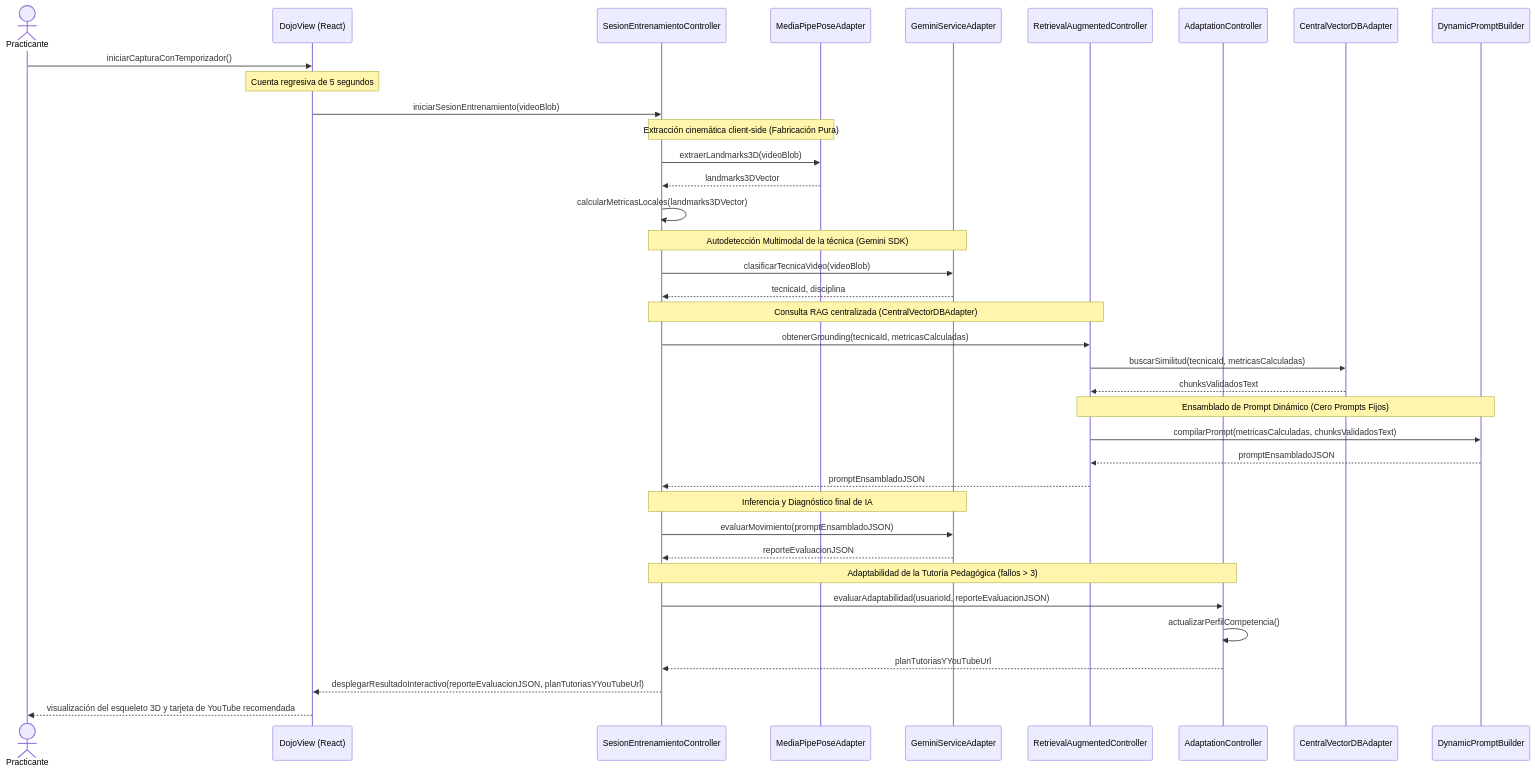
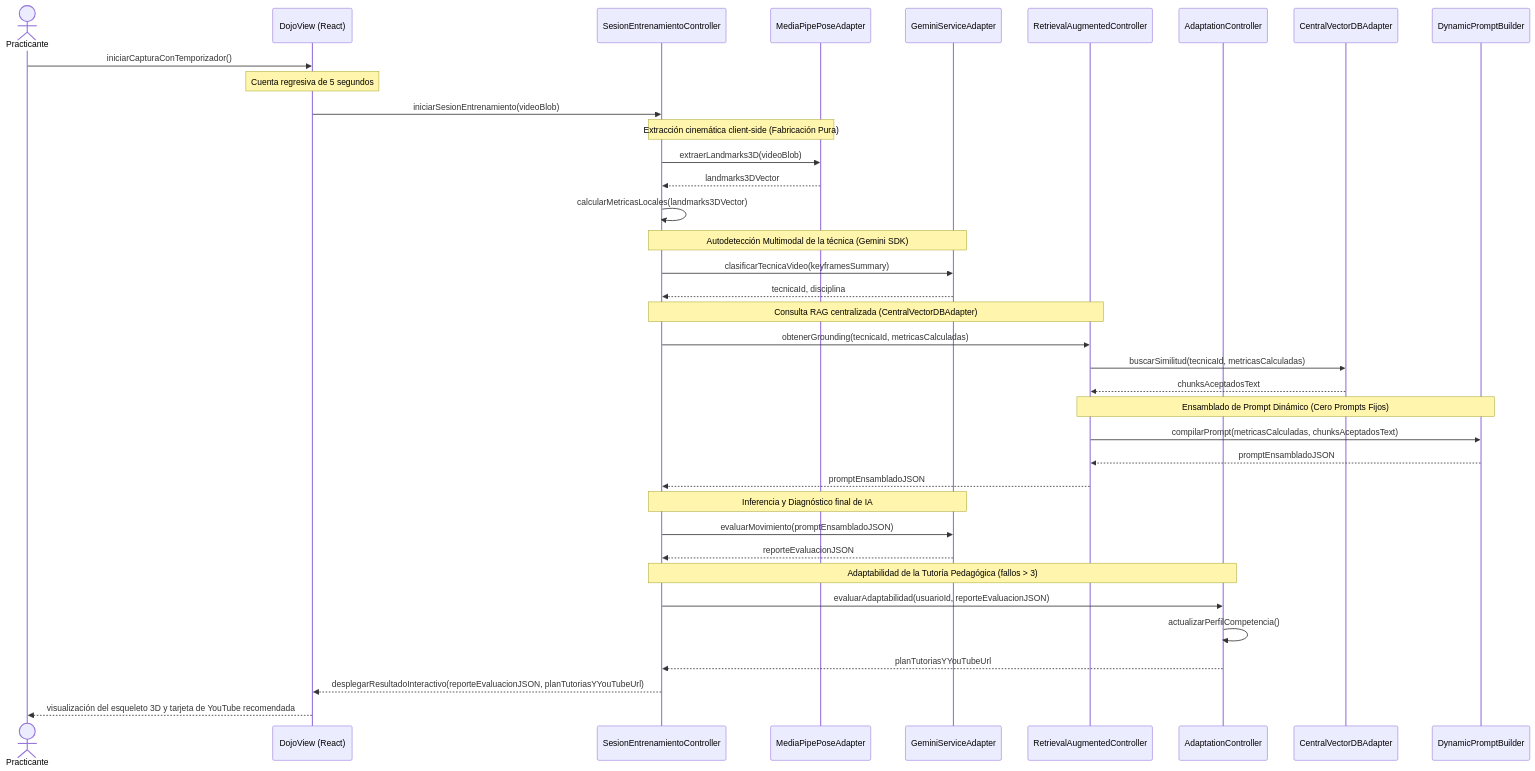
The ninth of 12 diagrams in README.md (Tsmrain/Documentacion), drawn with Mermaid before and after one commit. The commit also changed other lines of this file, not shown here.

Commit message:
docs: update architectural documentation to reflect edge-based kinematic capture and centralized local server RAG processing

````diff
--- a/README.md
+++ b/README.md
@@ -1145,48 +1145,48 @@
 ```mermaid
 sequenceDiagram
     actor Practicante
     participant UI as DojoView (React)
     participant SEC as SesionEntrenamientoController
     participant MPA as MediaPipePoseAdapter
     participant GSA as GeminiServiceAdapter
     participant RAC as RetrievalAugmentedController
     participant ADC as AdaptationController
     participant VDB as CentralVectorDBAdapter
     participant TPB as DynamicPromptBuilder
     
     Practicante->>UI: iniciarCapturaConTemporizador()
     Note over UI: Cuenta regresiva de 5 segundos
     UI->>SEC: iniciarSesionEntrenamiento(videoBlob)
     
     Note over SEC,MPA: Extracción cinemática client-side (Fabricación Pura)
     SEC->>MPA: extraerLandmarks3D(videoBlob)
     MPA-->>SEC: landmarks3DVector
     SEC->>SEC: calcularMetricasLocales(landmarks3DVector)
     
     Note over SEC,GSA: Autodetección Multimodal de la técnica (Gemini SDK)
-    SEC->>GSA: clasificarTecnicaVideo(videoBlob)
+    SEC->>GSA: clasificarTecnicaVideo(keyframesSummary)
     GSA-->>SEC: tecnicaId, disciplina
     
     Note over SEC,RAC: Consulta RAG centralizada (CentralVectorDBAdapter)
     SEC->>RAC: obtenerGrounding(tecnicaId, metricasCalculadas)
     RAC->>VDB: buscarSimilitud(tecnicaId, metricasCalculadas)
-    VDB-->>RAC: chunksValidadosText
+    VDB-->>RAC: chunksAceptadosText
 
     
     Note over RAC,TPB: Ensamblado de Prompt Dinámico (Cero Prompts Fijos)
-    RAC->>TPB: compilarPrompt(metricasCalculadas, chunksValidadosText)
+    RAC->>TPB: compilarPrompt(metricasCalculadas, chunksAceptadosText)
     TPB-->>RAC: promptEnsambladoJSON
     RAC-->>SEC: promptEnsambladoJSON
     
     Note over SEC,GSA: Inferencia y Diagnóstico final de IA
     SEC->>GSA: evaluarMovimiento(promptEnsambladoJSON)
     GSA-->>SEC: reporteEvaluacionJSON
     
     Note over SEC,ADC: Adaptabilidad de la Tutoría Pedagógica (fallos > 3)
     SEC->>ADC: evaluarAdaptabilidad(usuarioId, reporteEvaluacionJSON)
     ADC->>ADC: actualizarPerfilCompetencia()
     ADC-->>SEC: planTutoriasYYouTubeUrl
     
     SEC-->>UI: desplegarResultadoInteractivo(reporteEvaluacionJSON, planTutoriasYYouTubeUrl)
     UI-->>Practicante: visualización del esqueleto 3D y tarjeta de YouTube recomendada
 ```
````
